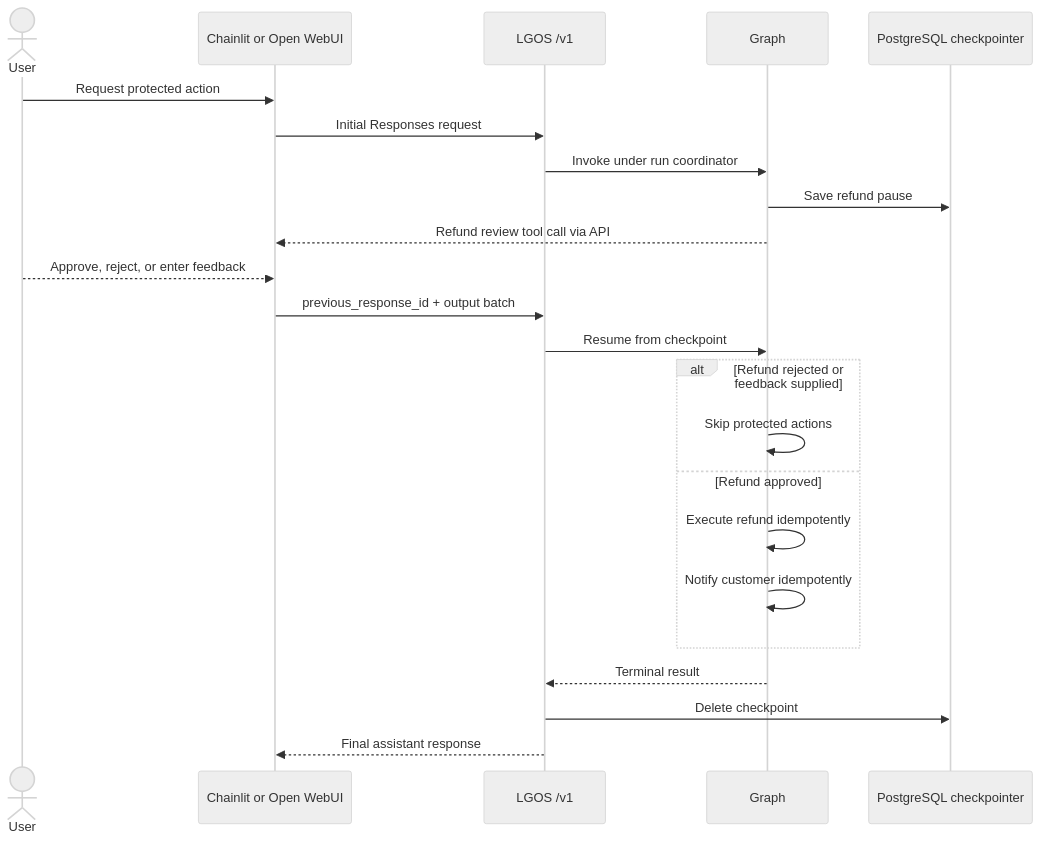
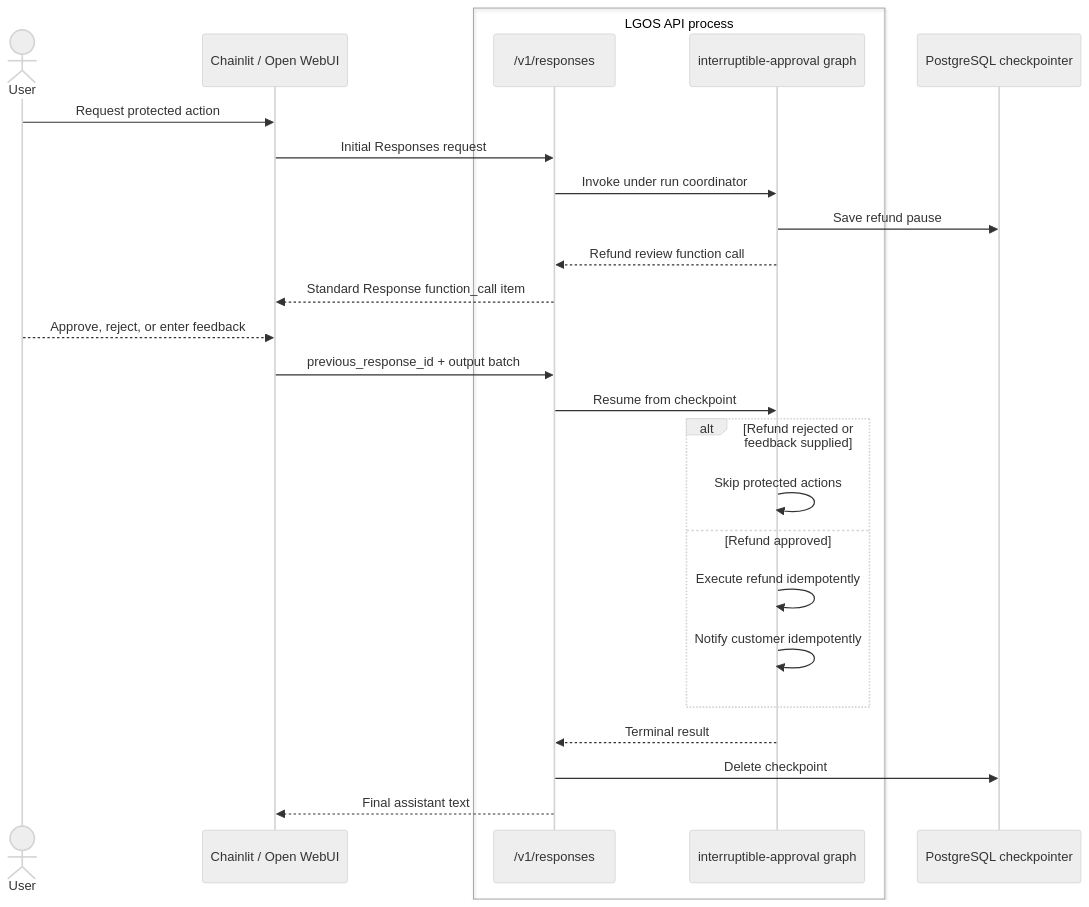
Before and after one commit to ilkersigirci/langgraph-openai-serve: the second of 2 diagrams in docs/demo/graphs/interruptible-approval.md, drawn with Mermaid (neutral theme). The commit also changed other lines of this file and 8 other files, not shown here.

Commit message:
docs: demo graphs order made the same

````diff
--- a/docs/demo/graphs/interruptible-approval.md
+++ b/docs/demo/graphs/interruptible-approval.md
@@ -33,26 +33,29 @@
 ```mermaid
 sequenceDiagram
   actor User
-  participant UI as Chainlit or Open WebUI
-  participant API as LGOS /v1
-  participant Graph
+  participant UI as Chainlit / Open WebUI
+  box LGOS API process
+    participant API as /v1/responses
+    participant Graph as interruptible-approval graph
+  end
   participant DB as PostgreSQL checkpointer
 
   User->>UI: Request protected action
   UI->>API: Initial Responses request
   API->>Graph: Invoke under run coordinator
   Graph->>DB: Save refund pause
-  Graph-->>UI: Refund review tool call via API
+  Graph-->>API: Refund review function call
+  API-->>UI: Standard Response function_call item
   User-->>UI: Approve, reject, or enter feedback
   UI->>API: previous_response_id + output batch
   API->>Graph: Resume from checkpoint
   alt Refund rejected or feedback supplied
     Graph->>Graph: Skip protected actions
   else Refund approved
     Graph->>Graph: Execute refund idempotently
     Graph->>Graph: Notify customer idempotently
   end
   Graph-->>API: Terminal result
   API->>DB: Delete checkpoint
-  API-->>UI: Final assistant response
+  API-->>UI: Final assistant text
 ```
````
